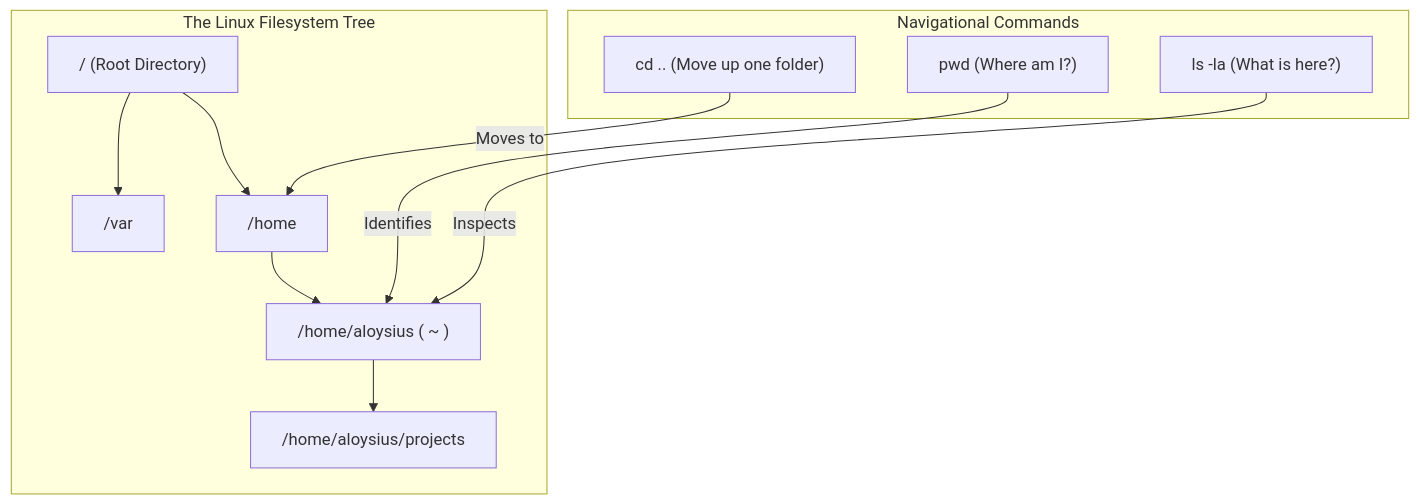
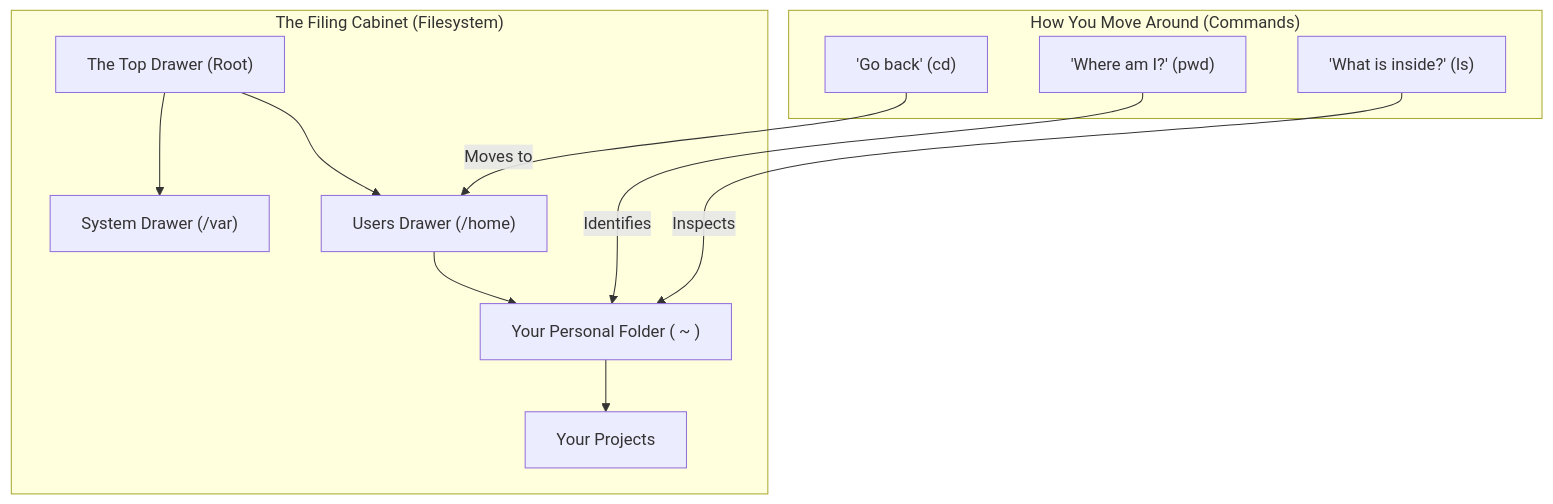
Before and after one commit to aloysiuspattath/platform-engineering-ai-course: the diagram in website/pages/modules/module-01/lesson-06.md, drawn with Mermaid. The commit also changed other lines of this file and 56 other files, not shown here.

Commit message:
refactor: simplify all architecture diagrams and explanations to layman's terms via AI subagent swarm

````diff
--- a/website/pages/modules/module-01/lesson-06.md
+++ b/website/pages/modules/module-01/lesson-06.md
@@ -89,19 +89,19 @@
 ```mermaid
 flowchart TD
-    subgraph RootFS [The Linux Filesystem Tree]
-        ROOT["/ (Root Directory)"] --> VAR["/var"]
-        ROOT --> HOME["/home"]
-        HOME --> USER["/home/aloysius ( ~ )"]
-        USER --> PROJ["/home/aloysius/projects"]
+    subgraph RootFS ["The Filing Cabinet (Filesystem)"]
+        ROOT["The Top Drawer (Root)"] --> VAR["System Drawer (/var)"]
+        ROOT --> HOME["Users Drawer (/home)"]
+        HOME --> USER["Your Personal Folder ( ~ )"]
+        USER --> PROJ["Your Projects"]
     end
 
-    subgraph Navigation [Navigational Commands]
-        PWD["pwd (Where am I?)"]
-        LS["ls -la (What is here?)"]
-        CD["cd .. (Move up one folder)"]
+    subgraph Navigation ["How You Move Around (Commands)"]
+        PWD["'Where am I?' (pwd)"]
+        LS["'What is inside?' (ls)"]
+        CD["'Go back' (cd)"]
     end
 
     PWD -->|Identifies| USER
     LS -->|Inspects| USER
     CD -->|Moves to| HOME
 ```
````
